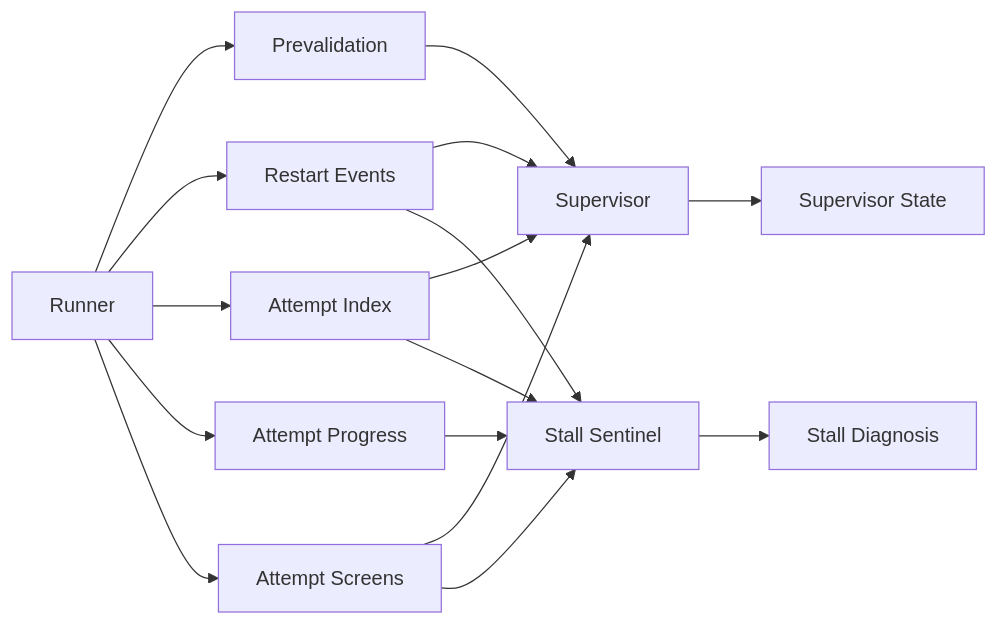
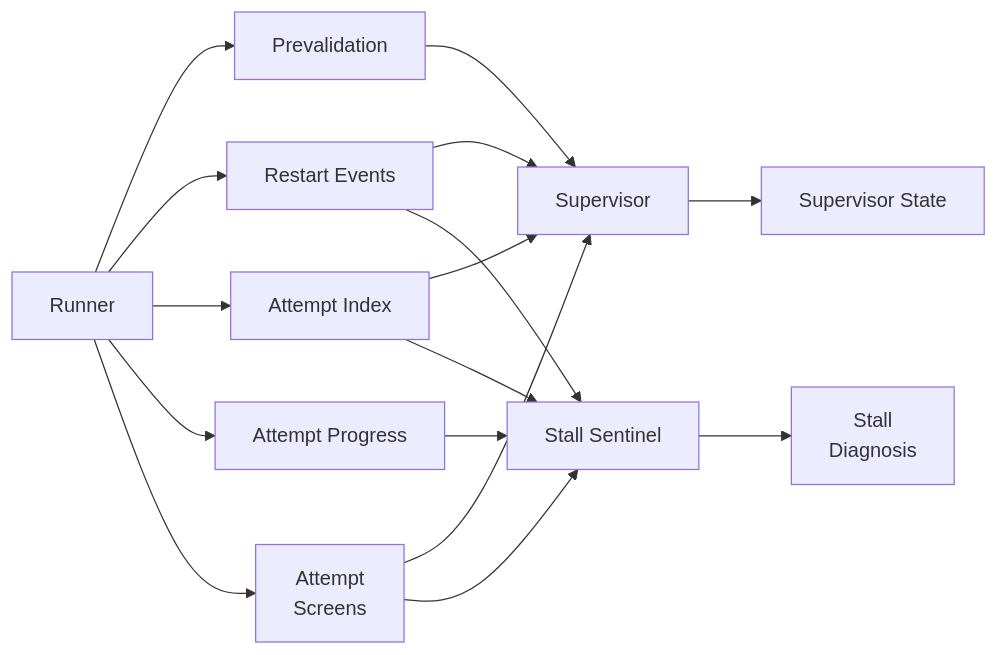
Before and after one commit to jidon333/STS2_Mod_AI_Companion: the third of 6 diagrams in docs/contracts/RUNNER_SUPERVISOR_AGENT_ARCHITECTURE.md, drawn with Mermaid. The commit also changed other lines of this file and 4 other files, not shown here.

Commit message:
Improve Mermaid readability in harness docs

````diff
--- a/docs/contracts/RUNNER_SUPERVISOR_AGENT_ARCHITECTURE.md
+++ b/docs/contracts/RUNNER_SUPERVISOR_AGENT_ARCHITECTURE.md
@@ -350,31 +350,31 @@
 ```mermaid
 flowchart LR
     RUN["Runner"]
     PRE["Prevalidation"]
     EVT["Restart Events"]
     ATT["Attempt Index"]
     PROG["Attempt Progress"]
-    STEP["Attempt Screens"]
+    STEP["Attempt<br/>Screens"]
     SUP["Supervisor"]
     SEN["Stall Sentinel"]
     STATE["Supervisor State"]
-    DIAG["Stall Diagnosis"]
+    DIAG["Stall<br/>Diagnosis"]
 
     RUN --> PRE
     RUN --> EVT
     RUN --> ATT
     RUN --> PROG
     RUN --> STEP
 
     PRE --> SUP
     EVT --> SUP
     ATT --> SUP
     STEP --> SUP
     SUP --> STATE
 
     ATT --> SEN
     EVT --> SEN
     PROG --> SEN
     STEP --> SEN
     SEN --> DIAG
 ```
````
